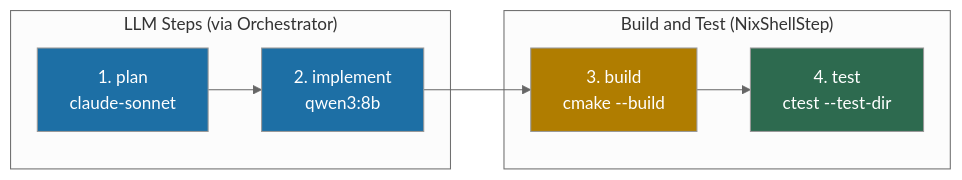
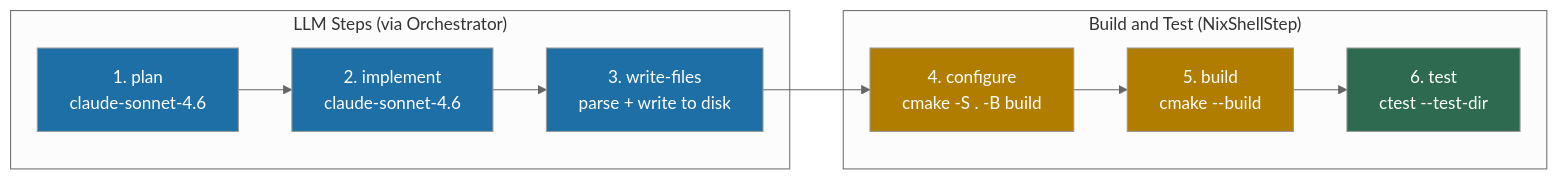
Before and after one commit to vansweej/ai-coding: the first of 2 diagrams in docs/cmake-pipeline.md, drawn with Mermaid (neutral theme). The commit also changed other lines of this file and 11 other files, not shown here.

````diff
--- a/docs/cmake-pipeline.md
+++ b/docs/cmake-pipeline.md
@@ -16,19 +17,23 @@
 ```mermaid
 flowchart LR
     subgraph LLM["LLM Steps (via Orchestrator)"]
-        Plan["1. plan\nclaude-sonnet"]
-        Impl["2. implement\nqwen3:8b"]
+        Plan["1. plan\nclaude-sonnet-4.6"]
+        Impl["2. implement\nclaude-sonnet-4.6"]
+        Write["3. write-files\nparse + write to disk"]
     end
 
     subgraph Build["Build and Test (NixShellStep)"]
-        CMake["3. build\ncmake --build"]
-        CTest["4. test\nctest --test-dir"]
+        Configure["4. configure\ncmake -S . -B build"]
+        CMake["5. build\ncmake --build"]
+        CTest["6. test\nctest --test-dir"]
     end
 
-    Plan --> Impl --> CMake --> CTest
+    Plan --> Impl --> Write --> Configure --> CMake --> CTest
 
     style Plan fill:#1d6fa5,color:#fff
     style Impl fill:#1d6fa5,color:#fff
+    style Write fill:#1d6fa5,color:#fff
+    style Configure fill:#b07d00,color:#fff
     style CMake fill:#b07d00,color:#fff
     style CTest fill:#2d6a4f,color:#fff
 ```
````
